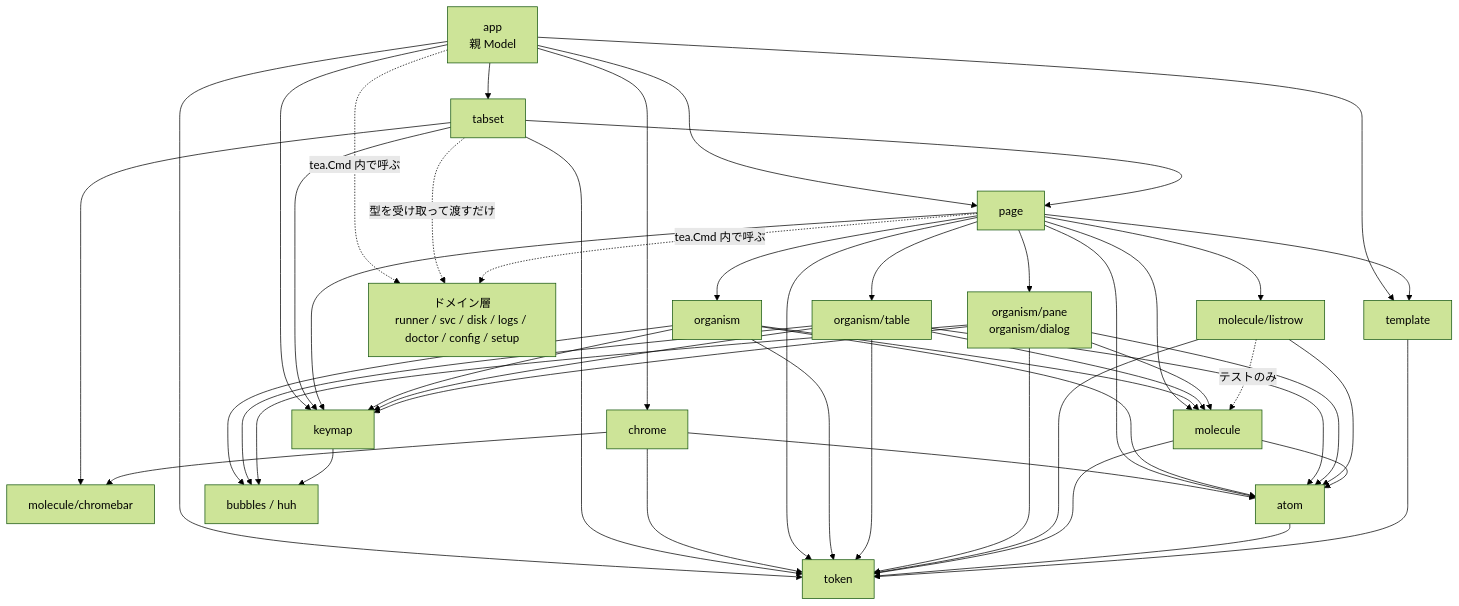
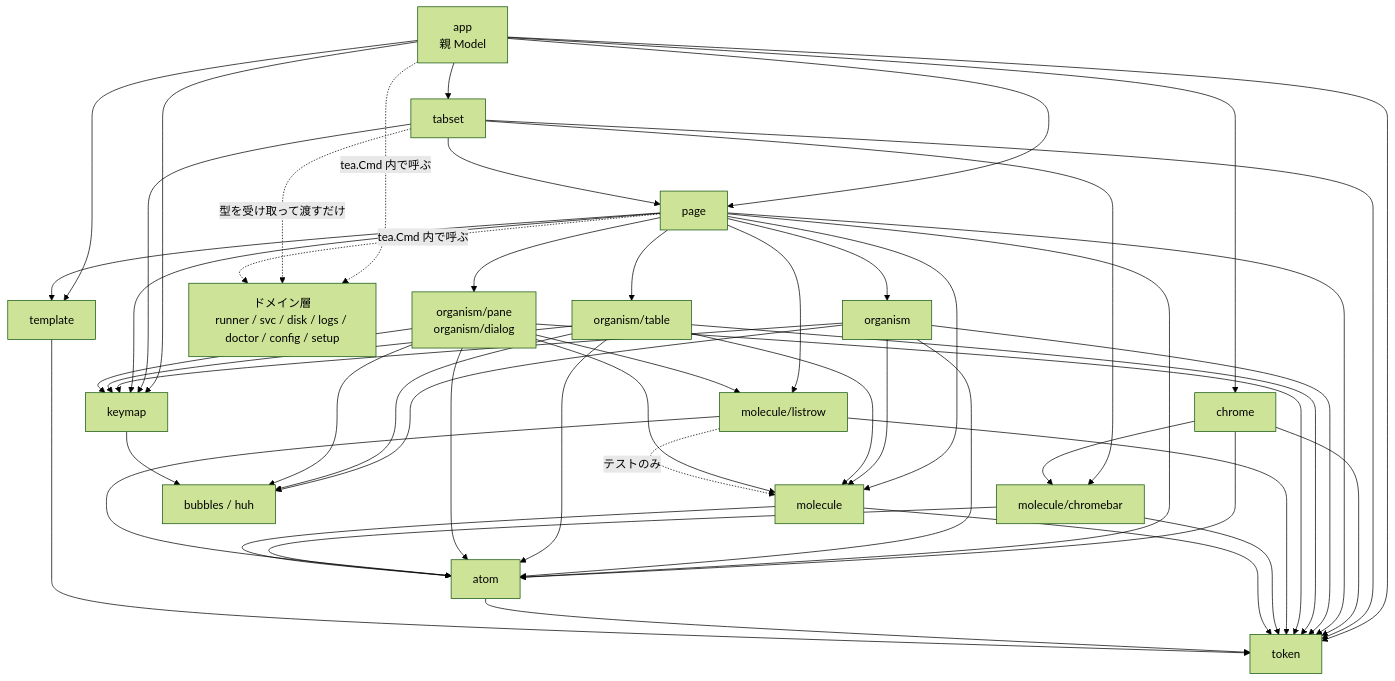
One commit to ousiassllc/gsr-helper changed the second of 2 diagrams in docs/ui/atomic-design.md. Above: the diagram before and after it, drawn with Mermaid (forest theme). The commit also changed other lines of this file and 6 other files, not shown here.

````diff
--- a/docs/ui/atomic-design.md
+++ b/docs/ui/atomic-design.md
@@ -119,69 +121,72 @@
 ```mermaid
 graph TD
     App[app<br/>親 Model]
     Tabs[tabset]
     Chrome[chrome]
     Page[page]
     Tmpl[template]
     Org[organism]
     OrgT[organism/table]
     OrgP[organism/pane<br/>organism/dialog]
     Mol[molecule]
     Row[molecule/listrow]
     CBar[molecule/chromebar]
     Atom[atom]
     Tok[token]
     Key[keymap]
 
     Domain[ドメイン層<br/>runner / svc / disk / logs / doctor / config / setup]
     Bub[bubbles / huh]
 
     App --> Tabs
     App --> Chrome
     App --> Page
     App --> Tmpl
     App --> Key
     App --> Tok
     App -.->|tea.Cmd 内で呼ぶ| Domain
     Tabs --> Page
     Tabs --> CBar
     Tabs --> Key
     Tabs --> Tok
     Tabs -.->|型を受け取って渡すだけ| Domain
     Chrome --> CBar
     Chrome --> Atom
     Chrome --> Tok
     Page --> Tmpl
     Page --> Org
     Page --> OrgT
     Page --> OrgP
     Page --> Row
     Page --> Mol
     Page --> Key
     Page --> Atom
     Page --> Tok
     Page -.->|tea.Cmd 内で呼ぶ| Domain
     Org --> Mol
     Org --> Atom
     Org --> Bub
     Org --> Key
     Org --> Tok
     OrgT --> Mol
     OrgT --> Atom
     OrgT --> Bub
     OrgT --> Key
     OrgT --> Tok
     OrgP --> Bub
     OrgP --> Key
     OrgP --> Tok
     OrgP --> Mol
+    OrgP --> Row
     OrgP --> Atom
     Row --> Atom
     Row --> Tok
+    CBar --> Atom
+    CBar --> Tok
     Row -.->|テストのみ| Mol
     Mol --> Atom
     Mol --> Tok
     Atom --> Tok
     Tmpl --> Tok
     Key --> Bub
 ```
````
